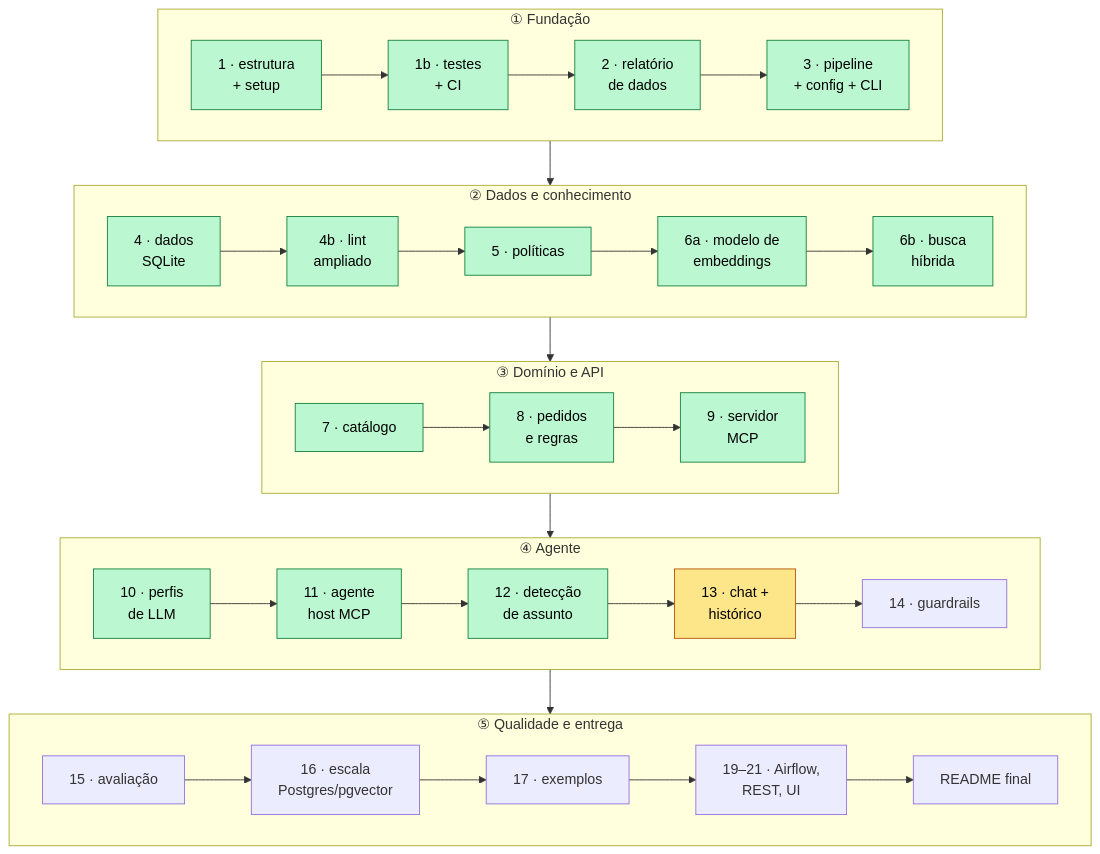
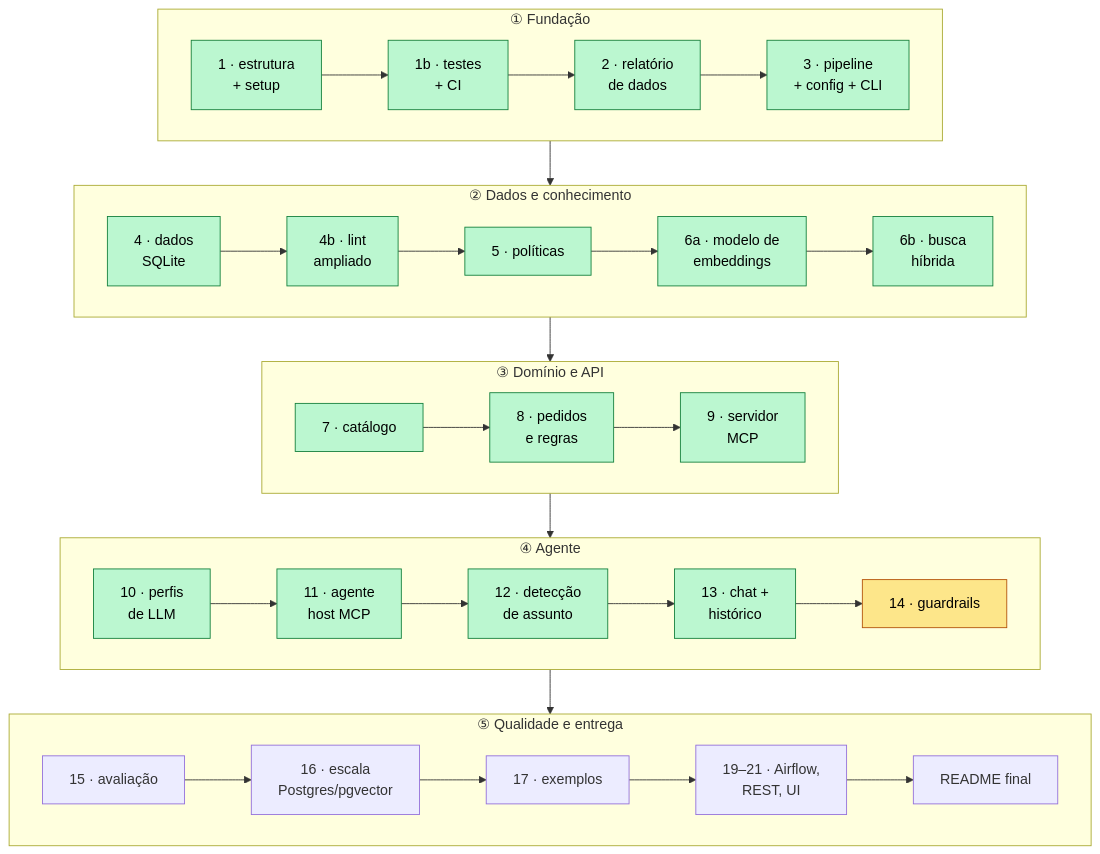
Diagram 18 of 18 in README.md (RonildoSilva/ai-engineer-challenge), drawn with Mermaid before and after one commit. The commit also changed other lines of this file and 11 other files, not shown here.

First line of the commit message:
feat(cli): chat no terminal com histórico e inicialização automática dos serviços

````diff
--- a/README.md
+++ b/README.md
@@ -771,26 +821,26 @@
 ```mermaid
 flowchart TD
     subgraph F1["① Fundação"]
         direction LR
         C1["1 · estrutura<br/>+ setup"]:::done --> C1b["1b · testes<br/>+ CI"]:::done --> C2["2 · relatório<br/>de dados"]:::done --> C3["3 · pipeline<br/>+ config + CLI"]:::done
     end
     subgraph F2["② Dados e conhecimento"]
         direction LR
         C4["4 · dados<br/>SQLite"]:::done --> C4b["4b · lint<br/>ampliado"]:::done --> C5["5 · políticas"]:::done --> C6a["6a · modelo de<br/>embeddings"]:::done --> C6b["6b · busca<br/>híbrida"]:::done
     end
     subgraph F3["③ Domínio e API"]
         direction LR
         C7["7 · catálogo"]:::done --> C8["8 · pedidos<br/>e regras"]:::done --> C9["9 · servidor<br/>MCP"]:::done
     end
     subgraph F4["④ Agente"]
         direction LR
-        C10["10 · perfis<br/>de LLM"]:::done --> C11["11 · agente<br/>host MCP"]:::done --> C12["12 · detecção<br/>de assunto"]:::done --> C13["13 · chat +<br/>histórico"]:::next --> C14["14 · guardrails"]
+        C10["10 · perfis<br/>de LLM"]:::done --> C11["11 · agente<br/>host MCP"]:::done --> C12["12 · detecção<br/>de assunto"]:::done --> C13["13 · chat +<br/>histórico"]:::done --> C14["14 · guardrails"]:::next
     end
     subgraph F5["⑤ Qualidade e entrega"]
         direction LR
         C15["15 · avaliação"] --> C16["16 · escala<br/>Postgres/pgvector"] --> C17["17 · exemplos"] --> CX["19–21 · Airflow,<br/>REST, UI"] --> C18["README final"]
     end
     F1 --> F2 --> F3 --> F4 --> F5
     classDef next fill:#fde68a,stroke:#b45309,color:#000
     classDef done fill:#bbf7d0,stroke:#15803d,color:#000
 ```
````
